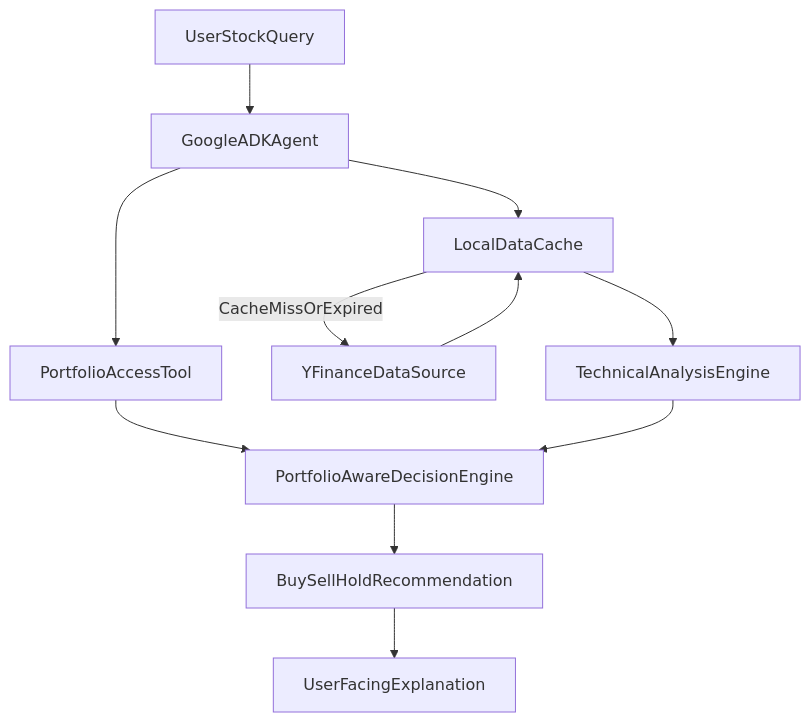
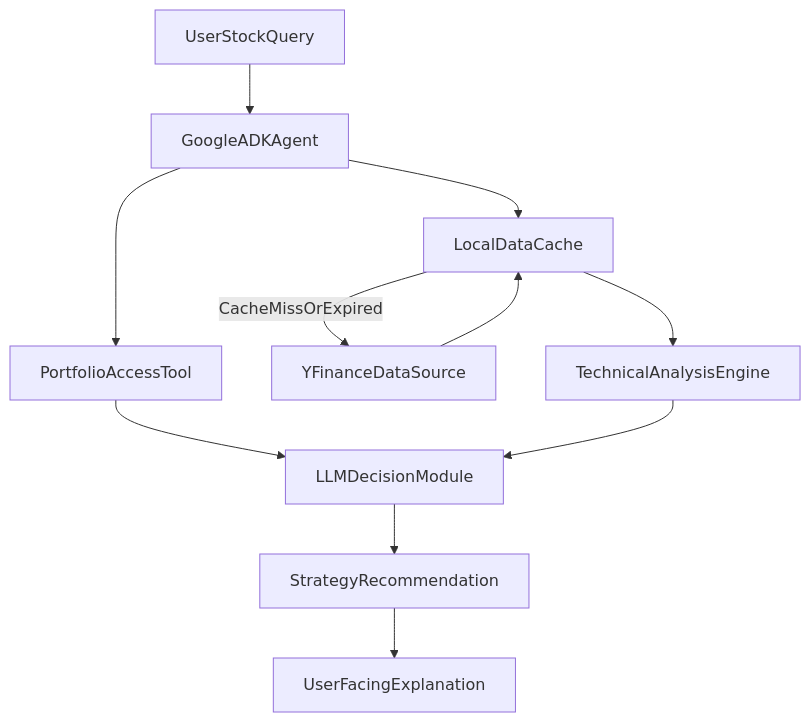
Before and after one commit to yefan/investment-agent: the diagram in docs/investment-agent-spec.md, drawn with Mermaid. The commit also changed other lines of this file, not shown here.

````diff
--- a/docs/investment-agent-spec.md
+++ b/docs/investment-agent-spec.md
@@ -41,13 +41,13 @@
 ```mermaid
 flowchart TD
   userInput[UserStockQuery] --> adkOrchestrator[GoogleADKAgent]
   adkOrchestrator --> portfolioTool[PortfolioAccessTool]
   adkOrchestrator --> cacheLayer[LocalDataCache]
   cacheLayer -->|"CacheMissOrExpired"| yfinanceSource[YFinanceDataSource]
   yfinanceSource --> cacheLayer
   cacheLayer --> taEngine[TechnicalAnalysisEngine]
-  portfolioTool --> decisionEngine[PortfolioAwareDecisionEngine]
-  taEngine --> decisionEngine
-  decisionEngine --> recommendation[BuySellHoldRecommendation]
+  portfolioTool --> llmDecision[LLMDecisionModule]
+  taEngine --> llmDecision
+  llmDecision --> recommendation[StrategyRecommendation]
   recommendation --> userOutput[UserFacingExplanation]
 ```
````
